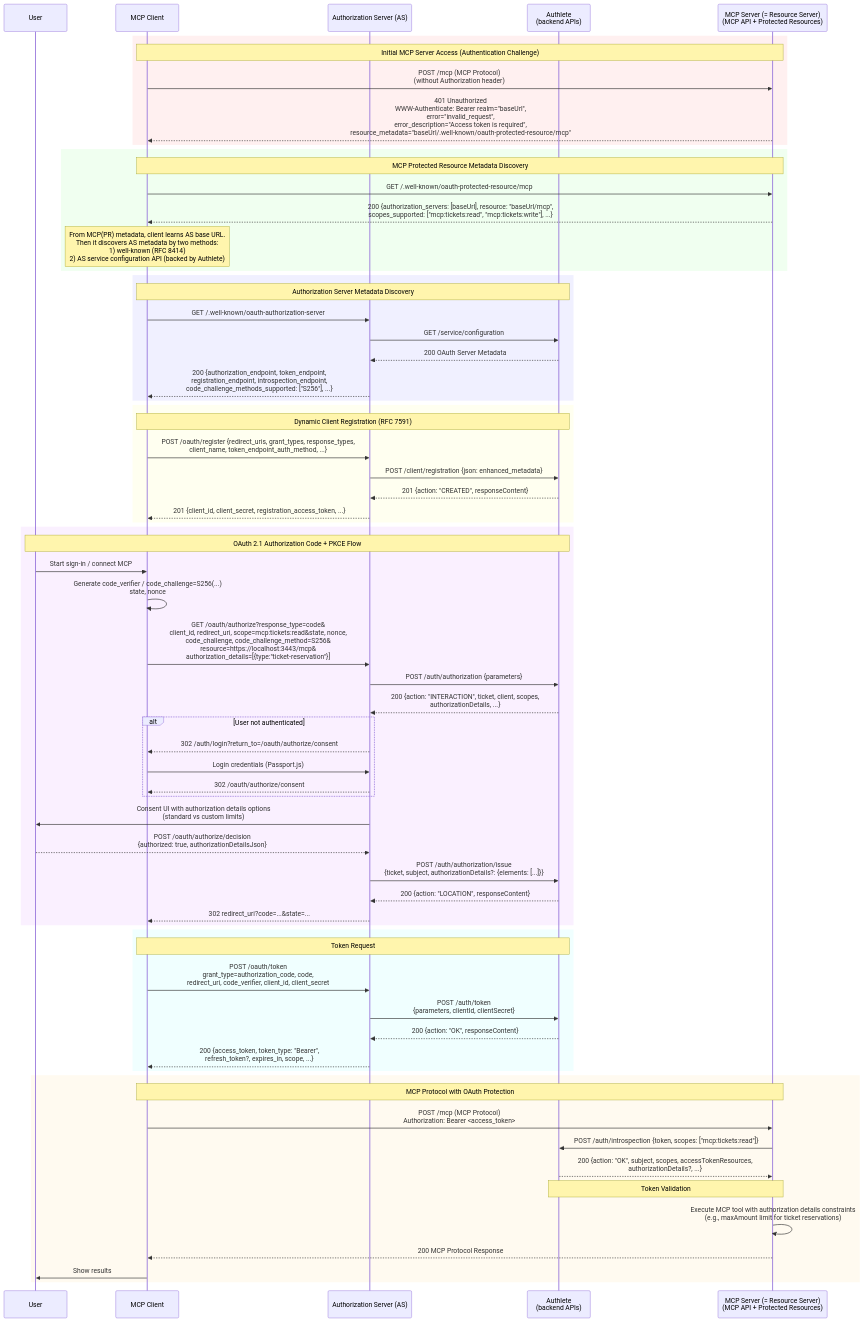
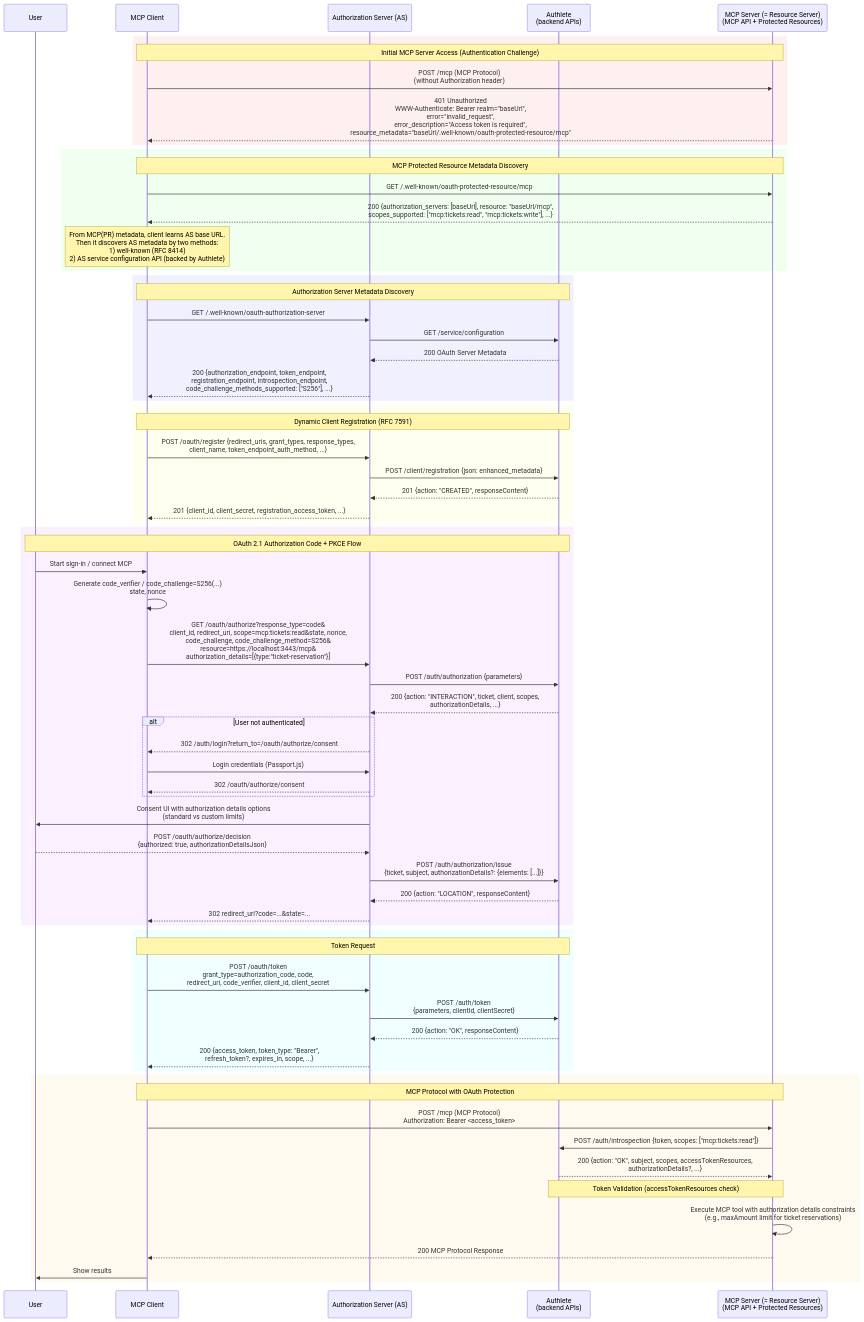
Before and after one commit to watahani/authlete-study-session-2025-08: the diagram in README.md, drawn with Mermaid.

Commit message:
docs: clarify token validation includes accessTokenResources check
- Add explicit mention of accessTokenResources validation in mermaid diagram
- This highlights the resource-specific access control mechanism

🤖 Generated with [Claude Code](https://claude.ai/code)

```diff
--- a/README.md
+++ b/README.md
@@ -169,7 +169,7 @@
         MS->>AL: POST /auth/introspection {token, scopes: ["mcp:tickets:read"]}
         AL-->>MS: 200 {action: "OK", subject, scopes, accessTokenResources,<br/>authorizationDetails?, ...}
 
-        Note over MS,AL: Token Validation
+        Note over MS,AL: Token Validation (accessTokenResources check)
         MS->>MS: Execute MCP tool with authorization details constraints<br/>(e.g., maxAmount limit for ticket reservations)
         MS-->>C: 200 MCP Protocol Response
 
```
